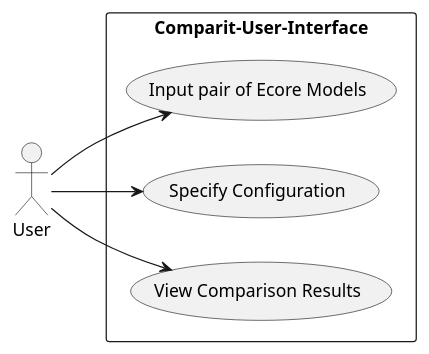
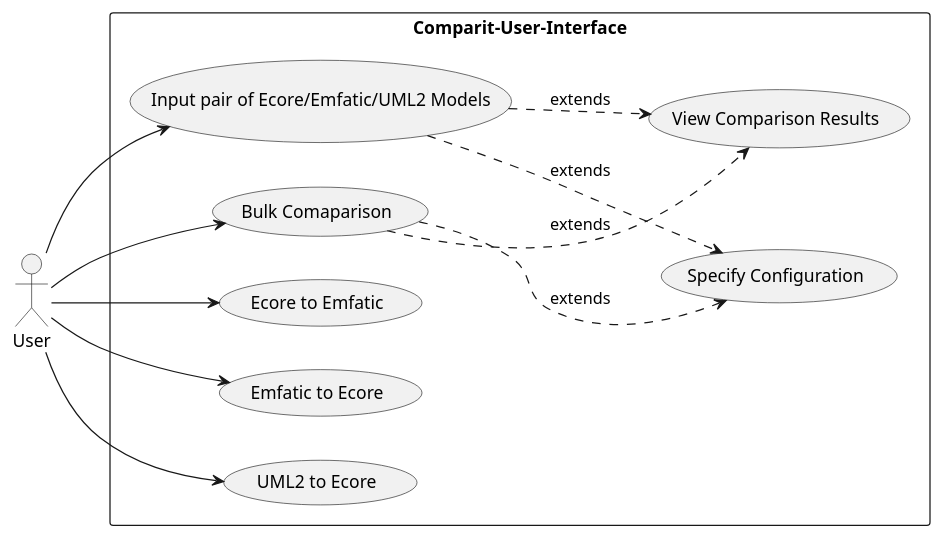
The diagram in docs/usecase.puml (com-parit/model-comparator), drawn with PlantUML before and after one commit. The commit also changed 2 other files, not shown here.

Commit message:
update usecase diagram and add case study models

```diff
--- a/docs/usecase.puml
+++ b/docs/usecase.puml
@@ -1,13 +1,24 @@
 @startuml
 left to right direction
 actor "User" as fc
 rectangle Comparit-User-Interface{
-  usecase "Input pair of Ecore Models" as UC1
+  usecase "Input pair of Ecore/Emfatic/UML2 Models" as UC1
   usecase "Specify Configuration" as UC2
   usecase "View Comparison Results" as UC3
+  usecase "Bulk Comaparison" as UC4
+  usecase "Ecore to Emfatic" as UC5
+  usecase "Emfatic to Ecore" as UC6
+  usecase "UML2 to Ecore" as UC7
 }
 
 fc --> UC1
-fc --> UC2
-fc --> UC3
+UC1 ..> UC2: extends
+UC1 ..> UC3: extends
+fc --> UC4
+UC4 ..> UC2: extends
+UC4 ..> UC3: extends
+fc --> UC5
+fc --> UC6
+fc --> UC7
+
 @enduml
```
